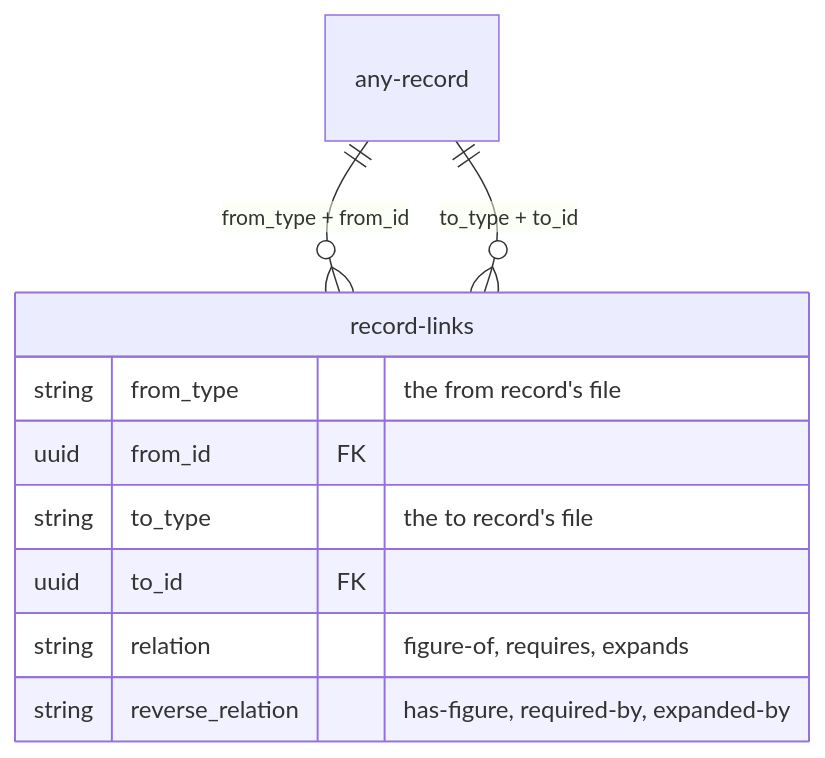
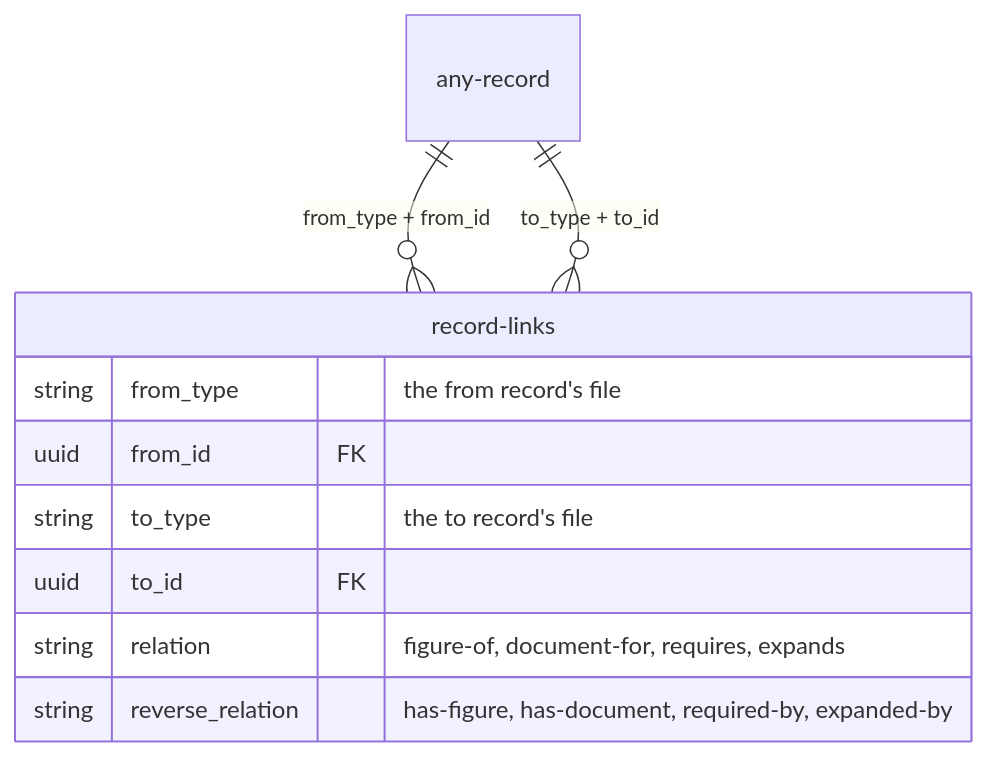
Before and after one commit to lvisintini/imperial-assault-data: the fourth of 7 diagrams in docs/data-model.md, drawn with Mermaid. The commit also changed other lines of this file and 41 other files, not shown here.

````diff
--- a/docs/data-model.md
+++ b/docs/data-model.md
@@ -217,14 +250,14 @@
 ```mermaid
 erDiagram
     any-record ||--o{ record-links : "from_type + from_id"
     record-links }o--|| any-record : "to_type + to_id"
 
     record-links {
         string from_type "the from record's file"
         uuid from_id FK
         string to_type "the to record's file"
         uuid to_id FK
-        string relation "figure-of, requires, expands"
-        string reverse_relation "has-figure, required-by, expanded-by"
+        string relation "figure-of, document-for, requires, expands"
+        string reverse_relation "has-figure, has-document, required-by, expanded-by"
     }
 ```
````
